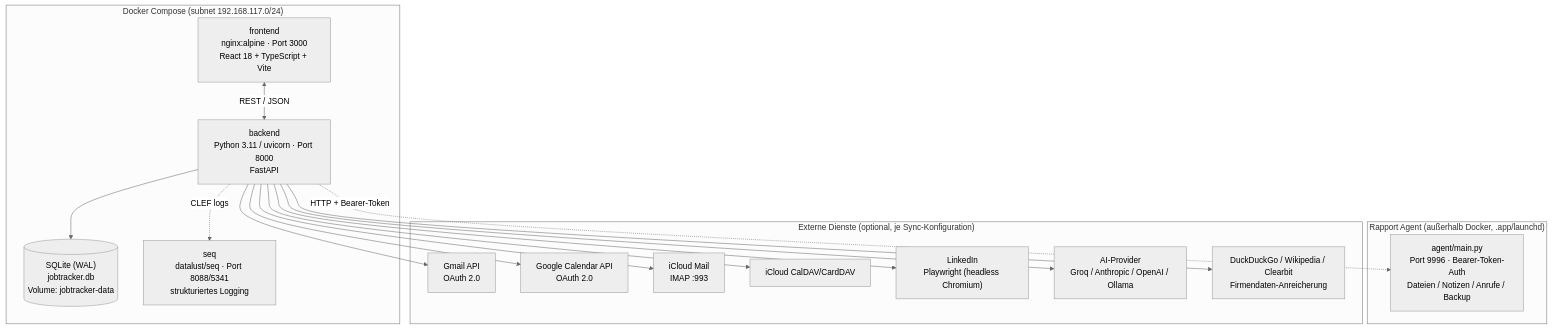
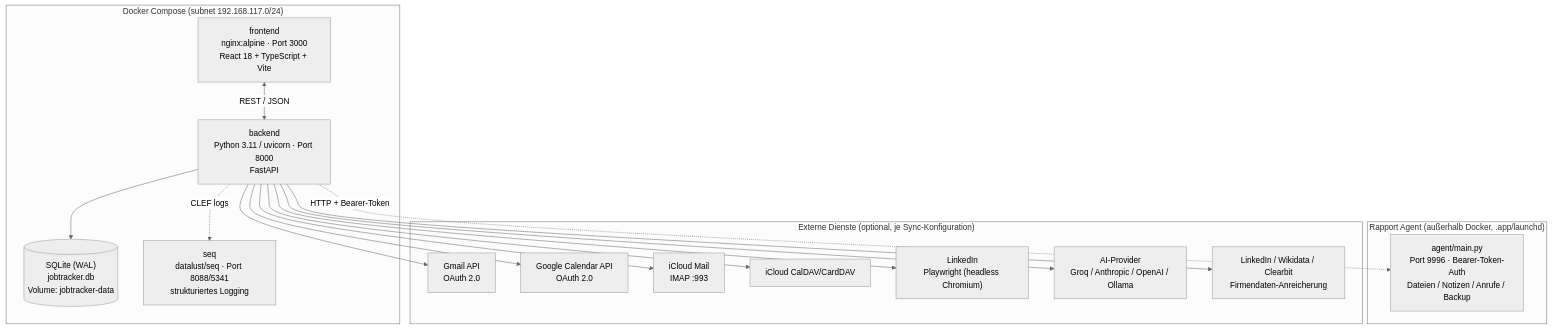
Before and after one commit to EGulinsky/rapport: the first of 8 diagrams in docs/ARCHITECTURE.md, drawn with Mermaid (neutral theme). The commit also changed other lines of this file and 15 other files, not shown here.

````diff
--- a/docs/ARCHITECTURE.md
+++ b/docs/ARCHITECTURE.md
@@ -23,35 +23,35 @@
 ```mermaid
 flowchart TB
     subgraph Docker["Docker Compose (subnet 192.168.117.0/24)"]
         FE["frontend<br/>nginx:alpine · Port 3000<br/>React 18 + TypeScript + Vite"]
         BE["backend<br/>Python 3.11 / uvicorn · Port 8000<br/>FastAPI"]
         DB[("SQLite (WAL)<br/>jobtracker.db<br/>Volume: jobtracker-data")]
         SEQ["seq<br/>datalust/seq · Port 8088/5341<br/>strukturiertes Logging"]
         FE <-->|"REST / JSON"| BE
         BE --> DB
         BE -.->|"CLEF logs"| SEQ
     end
 
     subgraph Agent["Rapport Agent (außerhalb Docker, .app/launchd)"]
         AgentSvc["agent/main.py<br/>Port 9996 · Bearer-Token-Auth<br/>Dateien / Notizen / Anrufe / Backup"]
     end
 
     subgraph External["Externe Dienste (optional, je Sync-Konfiguration)"]
         Gmail["Gmail API<br/>OAuth 2.0"]
         GCal["Google Calendar API<br/>OAuth 2.0"]
         ICloudMail["iCloud Mail<br/>IMAP :993"]
         ICloudCal["iCloud CalDAV/CardDAV"]
         LinkedIn["LinkedIn<br/>Playwright (headless Chromium)"]
         AIProvider["AI-Provider<br/>Groq / Anthropic / OpenAI / Ollama"]
-        Enrichment["DuckDuckGo / Wikipedia / Clearbit<br/>Firmendaten-Anreicherung"]
+        Enrichment["LinkedIn / Wikidata / Clearbit<br/>Firmendaten-Anreicherung"]
     end
 
     BE --> Gmail
     BE --> GCal
     BE --> ICloudMail
     BE --> ICloudCal
     BE --> LinkedIn
     BE --> AIProvider
     BE --> Enrichment
     BE -.->|"HTTP + Bearer-Token"| AgentSvc
 ```
````
